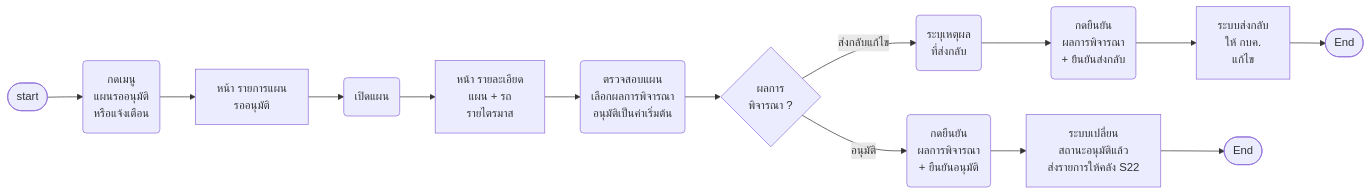
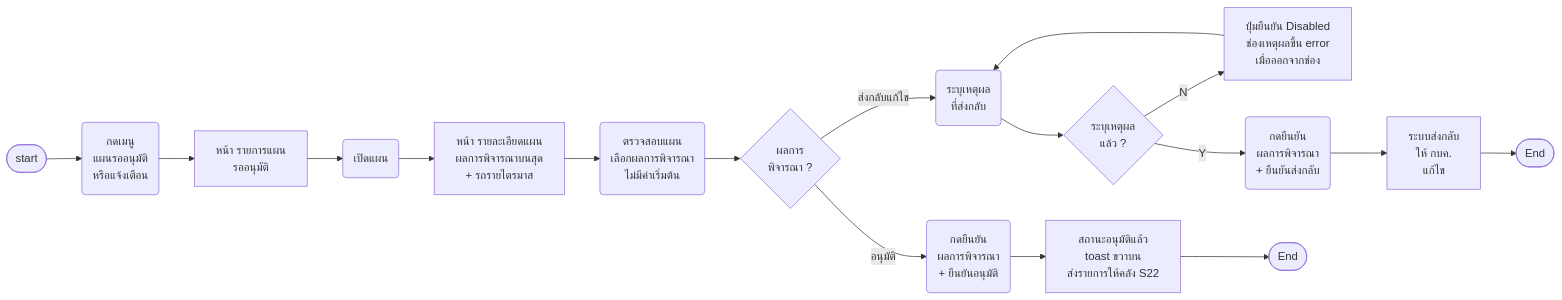
The second of 21 diagrams in Diagram/01-บำรุงรักษาตามวาระ/14-บำรุงรักษา-userflow.md (anugmail/Maintenance-Request-Form), drawn with Mermaid before and after one commit. The commit also changed other lines of this file and 52 other files, not shown here.

````diff
--- a/Diagram/01-บำรุงรักษาตามวาระ/14-บำรุงรักษา-userflow.md
+++ b/Diagram/01-บำรุงรักษาตามวาระ/14-บำรุงรักษา-userflow.md
@@ -155,17 +215,20 @@
 ```mermaid
 flowchart LR
     S([start]) --> A0("กดเมนู<br/>แผนรออนุมัติ<br/>หรือแจ้งเตือน")
     A0 --> D1["หน้า รายการแผน<br/>รออนุมัติ"]
     D1 --> A1("เปิดแผน")
-    A1 --> D2["หน้า รายละเอียด<br/>แผน + รถ<br/>รายไตรมาส"]
-    D2 --> A2("ตรวจสอบแผน<br/>เลือกผลการพิจารณา<br/>อนุมัติเป็นค่าเริ่มต้น")
+    A1 --> D2["หน้า รายละเอียดแผน<br/>ผลการพิจารณาบนสุด<br/>+ รถรายไตรมาส"]
+    D2 --> A2("ตรวจสอบแผน<br/>เลือกผลการพิจารณา<br/>ไม่มีค่าเริ่มต้น")
     A2 --> Q1{"ผลการ<br/>พิจารณา ?"}
     Q1 -->|ส่งกลับแก้ไข| A3("ระบุเหตุผล<br/>ที่ส่งกลับ")
-    A3 --> A4("กดยืนยัน<br/>ผลการพิจารณา<br/>+ ยืนยันส่งกลับ")
+    A3 --> Q2{"ระบุเหตุผล<br/>แล้ว ?"}
+    Q2 -->|N| D5["ปุ่มยืนยัน Disabled<br/>ช่องเหตุผลขึ้น error<br/>เมื่อออกจากช่อง"]
+    D5 --> A3
+    Q2 -->|Y| A4("กดยืนยัน<br/>ผลการพิจารณา<br/>+ ยืนยันส่งกลับ")
     A4 --> D3["ระบบส่งกลับ<br/>ให้ กบค.<br/>แก้ไข"]
     D3 --> E1([End])
     Q1 -->|อนุมัติ| A5("กดยืนยัน<br/>ผลการพิจารณา<br/>+ ยืนยันอนุมัติ")
-    A5 --> D4["ระบบเปลี่ยน<br/>สถานะอนุมัติแล้ว<br/>ส่งรายการให้คลัง S22"]
+    A5 --> D4["สถานะอนุมัติแล้ว<br/>toast ขวาบน<br/>ส่งรายการให้คลัง S22"]
     D4 --> E([End])
     %% Q: A0 | Q32 ❓ ผู้อนุมัติคือใคร (ผู้บังคับบัญชาตามสาย หรือหัวหน้า กบค.) · อนุมัติชั้นเดียวหรือหลายชั้น
 ```
````
